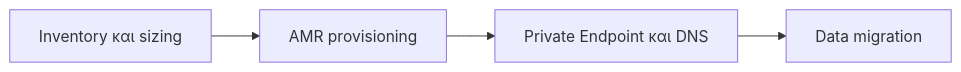
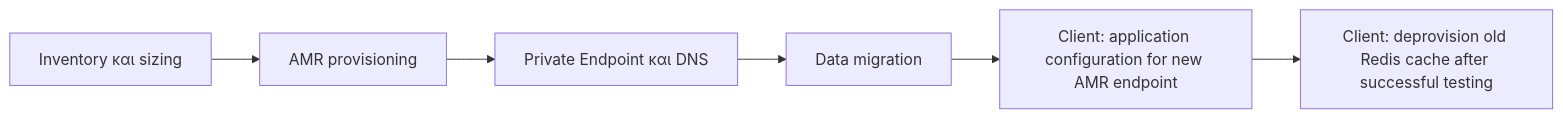
One commit to ddimitrakopoulos/azure-managed-redis changed the diagram in FINAL_SHORT.md. Above: the diagram before and after it, drawn with Mermaid. The commit also changed other lines of this file and 1 other file, not shown here.

First line of the commit message:
Add client handover stages

````diff
--- a/FINAL_SHORT.md
+++ b/FINAL_SHORT.md
@@ -10,6 +12,8 @@
 ```mermaid
 flowchart LR
     A[Inventory και sizing] --> B[AMR provisioning]
     B --> C[Private Endpoint και DNS]
     C --> D[Data migration]
+    D --> E[Client: application configuration for new AMR endpoint]
+    E --> F[Client: deprovision old Redis cache after successful testing]
 ```
````
